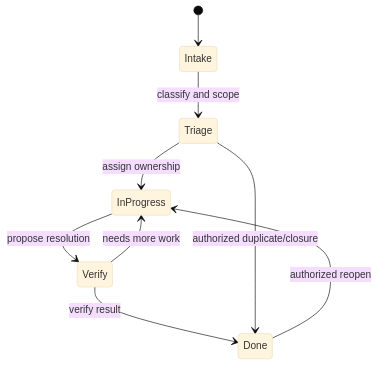
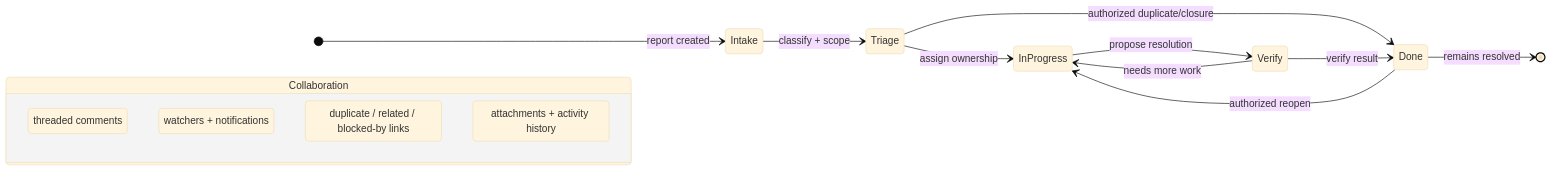
Before and after one commit to Simondavid07/bugforge: the seventh of 10 diagrams in docs/visuals.md, drawn with Mermaid (base theme). The commit also changed other lines of this file and 2 other files, not shown here.

Commit message:
docs: expand system documentation graph

````diff
--- a/docs/visuals.md
+++ b/docs/visuals.md
@@ -23,11 +274,20 @@
 ```mermaid
 stateDiagram-v2
-  [*] --> Intake
-  Intake --> Triage: classify and scope
+  direction LR
+  [*] --> Intake: report created
+  Intake --> Triage: classify + scope
   Triage --> InProgress: assign ownership
+  Triage --> Done: authorized duplicate/closure
   InProgress --> Verify: propose resolution
   Verify --> Done: verify result
   Verify --> InProgress: needs more work
   Done --> InProgress: authorized reopen
-  Triage --> Done: authorized duplicate/closure
+  Done --> [*]: remains resolved
+
+  state Collaboration {
+    Comments: threaded comments
+    Watchers: watchers + notifications
+    Links: duplicate / related / blocked-by links
+    Evidence: attachments + activity history
+  }
 ```
````
